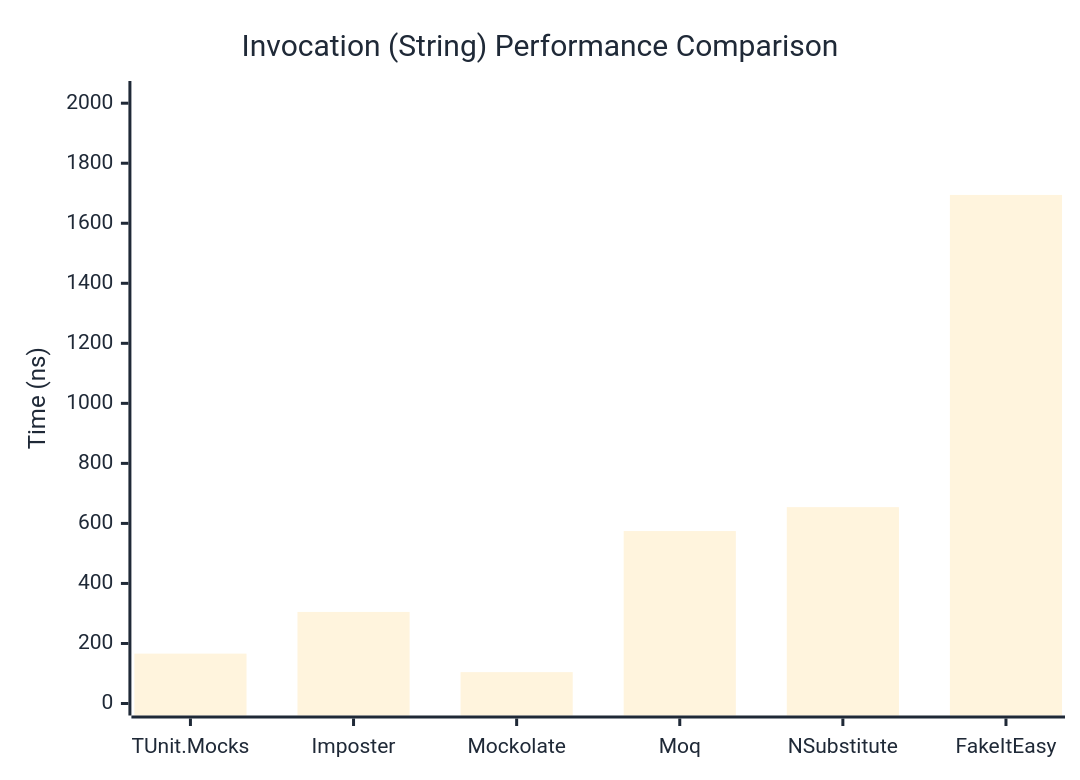
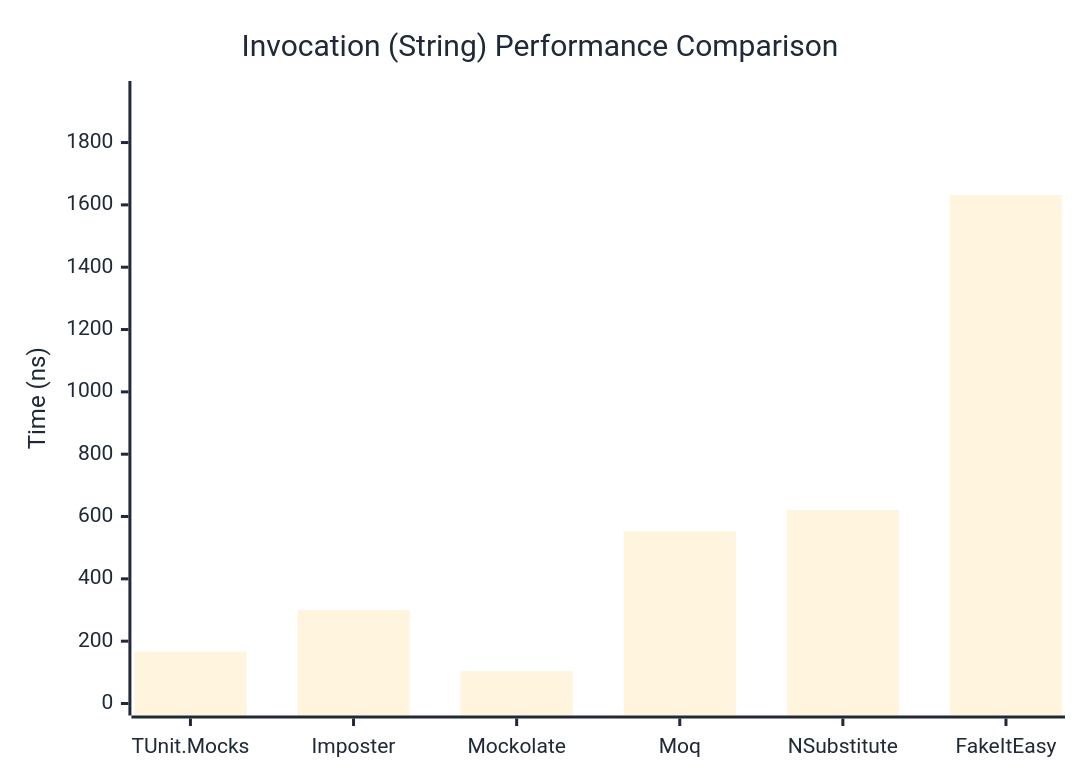
The second of 3 diagrams in docs/docs/benchmarks/mocks/Invocation.md (thomhurst/TUnit), drawn with Mermaid before and after one commit. The commit also changed other lines of this file and 14 other files, not shown here.

````diff
--- a/docs/docs/benchmarks/mocks/Invocation.md
+++ b/docs/docs/benchmarks/mocks/Invocation.md
@@ -71,27 +71,27 @@
 ```mermaid
 %%{init: {
   'theme':'base',
   'themeVariables': {
     'primaryColor': '#2563eb',
     'primaryTextColor': '#1f2937',
     'primaryBorderColor': '#1e40af',
     'lineColor': '#6b7280',
     'secondaryColor': '#7c3aed',
     'tertiaryColor': '#dc2626',
     'background': '#ffffff',
     'pie1': '#2563eb',
     'pie2': '#7c3aed',
     'pie3': '#dc2626',
     'pie4': '#f59e0b',
     'pie5': '#10b981',
     'pie6': '#06b6d4',
     'pie7': '#ec4899',
     'pie8': '#6366f1'
   }
 }}%%
 xychart-beta
   title "Invocation (String) Performance Comparison"
   x-axis ["TUnit.Mocks", "Imposter", "Mockolate", "Moq", "NSubstitute", "FakeItEasy"]
-  y-axis "Time (ns)" 0 --> 2034
-  bar [166.2, 305.1, 104.5, 574.6, 654.2, 1694.4]
+  y-axis "Time (ns)" 0 --> 1959
+  bar [166.3, 299.8, 103.9, 553.1, 620.7, 1632]
 ```
````
